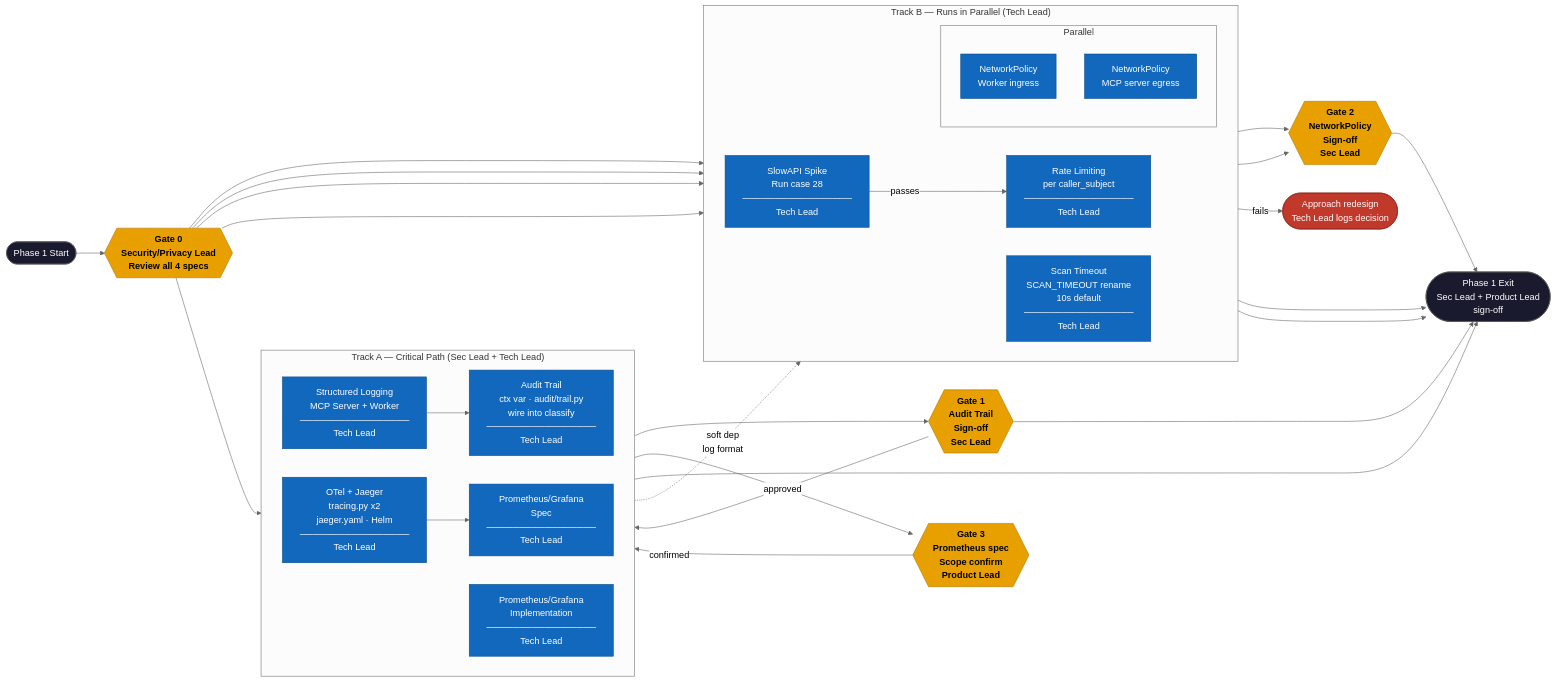
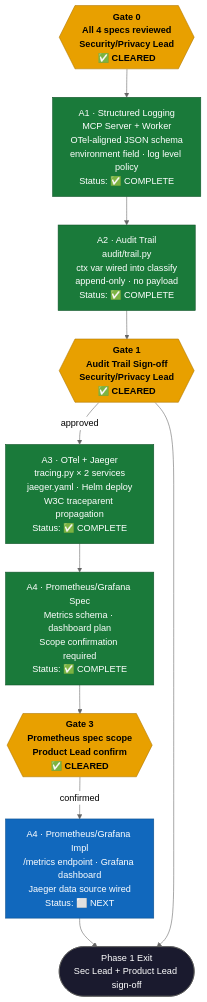
The first of 3 diagrams in planning/pipeline.md (giterdunstudios/mcp-presidio-sensitivity), drawn with Mermaid (neutral theme) before and after one commit. The commit also changed other lines of this file and 2 other files, not shown here.

First line of the commit message:
Update CLAUDE.md, pipeline diagram, keycloak config docs

````diff
--- a/planning/pipeline.md
+++ b/planning/pipeline.md
@@ -3,72 +8,40 @@
 ```mermaid
-flowchart LR
-    START([Phase 1 Start])
+flowchart TB
+    G0{{"Gate 0\nAll 4 specs reviewed\nSecurity/Privacy Lead\n✅ CLEARED"}}
 
-    SPEC_REVIEW{{"Gate 0\nSecurity/Privacy Lead\nReview all 4 specs"}}
+    A1["A1 · Structured Logging\nMCP Server + Worker\nOTel-aligned JSON schema\nenvironment field · log level policy\nStatus: ✅ COMPLETE"]
 
-    subgraph TRACKA ["Track A — Critical Path  (Sec Lead + Tech Lead)"]
-        direction LR
-        A1["Structured Logging\nMCP Server + Worker\n─────────────────\nTech Lead"]
-        A2["Audit Trail\nctx var · audit/trail.py\nwire into classify\n─────────────────\nTech Lead"]
-        A3["OTel + Jaeger\ntracing.py x2\njaeger.yaml · Helm\n─────────────────\nTech Lead"]
-        A4S["Prometheus/Grafana\nSpec\n─────────────────\nTech Lead"]
-        A4I["Prometheus/Grafana\nImplementation\n─────────────────\nTech Lead"]
-    end
+    A2["A2 · Audit Trail\naudit/trail.py\nctx var wired into classify\nappend-only · no payload\nStatus: ✅ COMPLETE"]
 
-    subgraph TRACKB ["Track B — Runs in Parallel  (Tech Lead)"]
-        direction LR
-        B1["Scan Timeout\nSCAN_TIMEOUT rename\n10s default\n─────────────────\nTech Lead"]
-        subgraph BPAR ["Parallel"]
-            direction TB
-            B2a["NetworkPolicy\nWorker ingress"]
-            B2b["NetworkPolicy\nMCP server egress"]
-        end
-        B3["SlowAPI Spike\nRun case 28\n─────────────────\nTech Lead"]
-        B4["Rate Limiting\nper caller_subject\n─────────────────\nTech Lead"]
-    end
+    G1{{"Gate 1\nAudit Trail Sign-off\nSecurity/Privacy Lead\n✅ CLEARED"}}
 
-    G_AT{{"Gate 1\nAudit Trail\nSign-off\nSec Lead"}}
-    G_NP{{"Gate 2\nNetworkPolicy\nSign-off\nSec Lead"}}
-    G_PG{{"Gate 3\nPrometheus spec\nScope confirm\nProduct Lead"}}
+    A3["A3 · OTel + Jaeger\ntracing.py × 2 services\njaeger.yaml · Helm deploy\nW3C traceparent propagation\nStatus: ✅ COMPLETE"]
 
-    EXIT([Phase 1 Exit\nSec Lead + Product Lead\nsign-off])
-    SPIKE_FAIL(["Approach redesign\nTech Lead logs decision"])
+    A4S["A4 · Prometheus/Grafana Spec\nMetrics schema · dashboard plan\nScope confirmation required\nStatus: ✅ COMPLETE"]
 
-    START --> SPEC_REVIEW
+    G3{{"Gate 3\nPrometheus spec scope\nProduct Lead confirm\n✅ CLEARED"}}
 
-    SPEC_REVIEW --> A1
-    SPEC_REVIEW --> B1
-    SPEC_REVIEW --> B2a
-    SPEC_REVIEW --> B2b
-    SPEC_REVIEW --> B3
+    A4I["A4 · Prometheus/Grafana Impl\n/metrics endpoint · Grafana dashboard\nJaeger data source wired\nStatus: ⬜ NEXT"]
 
+    EXIT(["Phase 1 Exit\nSec Lead + Product Lead sign-off"])
+
+    G0 --> A1
     A1 --> A2
-    A2 --> G_AT
-    G_AT -->|approved| A3
+    A2 --> G1
+    G1 -->|approved| A3
     A3 --> A4S
-    A4S --> G_PG
-    G_PG -->|confirmed| A4I
-
-    A1 -.->|soft dep\nlog format| B4
-
-    B2a --> G_NP
-    B2b --> G_NP
-    B3 -->|passes| B4
-    B3 -->|fails| SPIKE_FAIL
-
+    A4S --> G3
+    G3 -->|confirmed| A4I
     A4I --> EXIT
-    G_AT --> EXIT
-    G_NP --> EXIT
-    B1 --> EXIT
-    B4 --> EXIT
+    G1 --> EXIT
 
     classDef gate fill:#e8a000,stroke:#b07800,color:#000,font-weight:bold
+    classDef done fill:#1a7a3a,stroke:#0f5228,color:#fff
     classDef work fill:#1168bd,stroke:#0a4d8c,color:#fff
     classDef terminal fill:#1a1a2e,stroke:#555,color:#fff
-    classDef warn fill:#c0392b,stroke:#922b21,color:#fff
 
-    class SPEC_REVIEW,G_AT,G_NP,G_PG gate
-    class A1,A2,A3,A4S,A4I,B1,B2a,B2b,B3,B4 work
-    class START,EXIT terminal
-    class SPIKE_FAIL warn
+    class G0,G1,G3 gate
+    class A1,A2,A3,A4S done
+    class A4I work
+    class EXIT terminal
 ```
````
